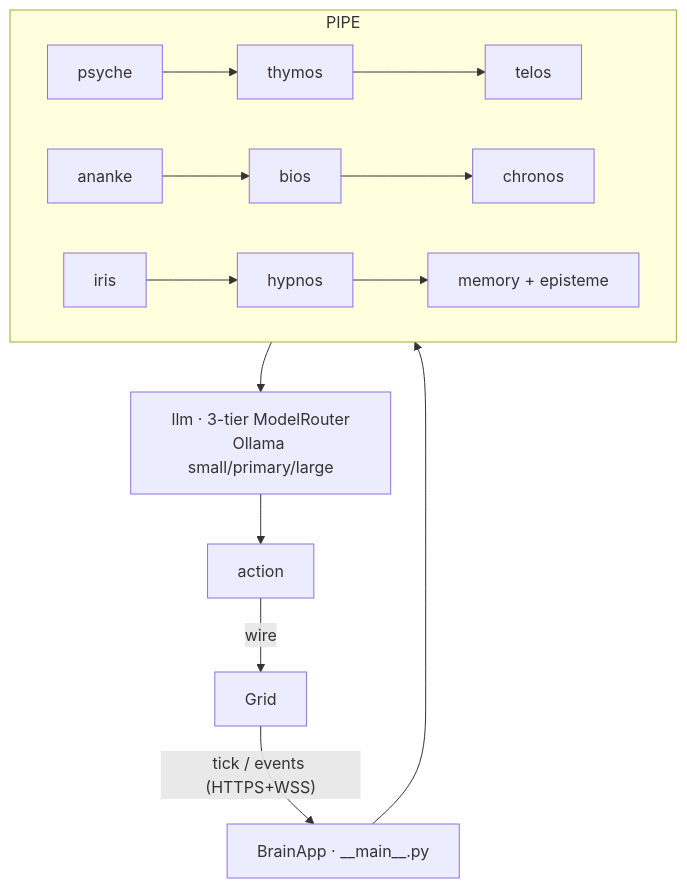
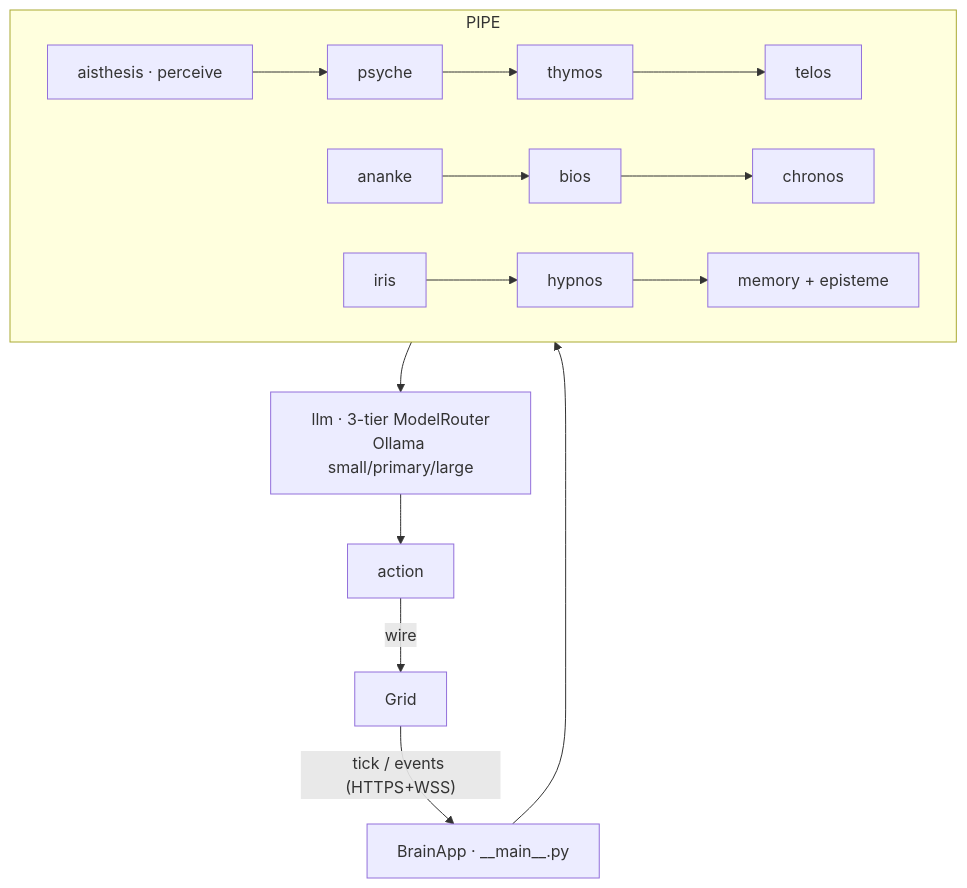
The diagram in .planning/implementation/brain.md (ASKKPOP/Noesis), drawn with Mermaid before and after one commit. The commit also changed other lines of this file and 13 other files, not shown here.

````diff
--- a/.planning/implementation/brain.md
+++ b/.planning/implementation/brain.md
@@ -15,12 +16,12 @@
 ```mermaid
 flowchart TD
   GRID[Grid] -- tick / events (HTTPS+WSS) --> APP[BrainApp · __main__.py]
   APP --> PIPE[cognitive pipeline]
   subgraph PIPE
-    PS[psyche] --> TH[thymos] --> TE[telos]
+    AI[aisthesis · perceive] --> PS[psyche] --> TH[thymos] --> TE[telos]
     AN[ananke] --> BI[bios] --> CH[chronos]
     IR[iris] --> HY[hypnos] --> ME[memory + episteme]
   end
   PIPE --> LLM[llm · 3-tier ModelRouter<br/>Ollama small/primary/large]
   LLM --> ACT[action] -- wire --> GRID
 ```
````
